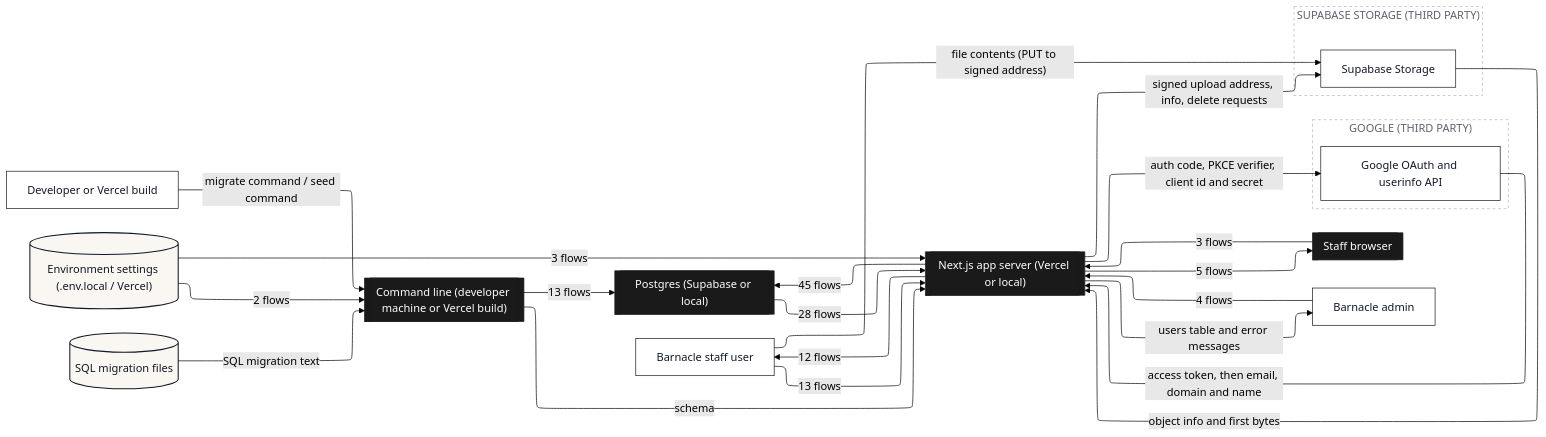
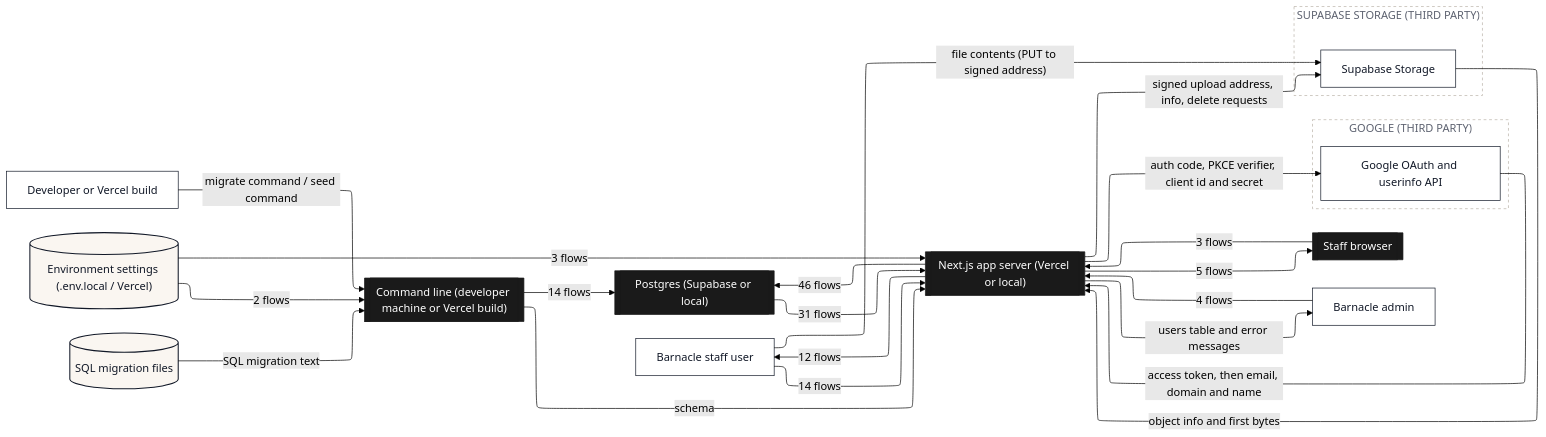
One commit to Romain-Perche/Barnacle-Pipe changed the second of 12 diagrams in dataflow/DATAFLOW.md. Above: the diagram before and after it, drawn with Mermaid (forest theme). The commit also changed other lines of this file and 12 other files, not shown here.

````diff
--- a/dataflow/DATAFLOW.md
+++ b/dataflow/DATAFLOW.md
@@ -112,52 +118,52 @@
 ```mermaid
 ---
 config:
   layout: elk
 ---
 flowchart LR
     n1[["Next.js app server (Vercel or local)"]]
     n2[["Staff browser"]]
     n3[["Command line (developer machine or Vercel build)"]]
     n4[["Postgres (Supabase or local)"]]
     n5["Barnacle admin"]
     n6["Developer or Vercel build"]
     n7[("Environment settings (.env.local / Vercel)")]
     n8[("SQL migration files")]
     n9["Barnacle staff user"]
     subgraph z1["GOOGLE (THIRD PARTY)"]
         n10["Google OAuth and userinfo API"]
     end
     subgraph z2["SUPABASE STORAGE (THIRD PARTY)"]
         n11["Supabase Storage"]
     end
-    n1 -->|"45 flows"| n4
+    n1 -->|"46 flows"| n4
     n1 -->|"12 flows"| n9
-    n4 -->|"28 flows"| n1
+    n4 -->|"31 flows"| n1
     n5 -->|"4 flows"| n1
     n2 -->|"3 flows"| n1
     n6 -->|"migrate command / seed command"| n3
     n7 -->|"3 flows"| n1
     n7 -->|"2 flows"| n3
     n1 -->|"5 flows"| n2
     n1 -->|"signed upload address, info, delete requests"| n11
     n1 -->|"auth code, PKCE verifier, client id and secret"| n10
     n10 -->|"access token, then email, domain and name"| n1
-    n3 -->|"13 flows"| n4
+    n3 -->|"14 flows"| n4
     n3 -->|"schema"| n1
     n8 -->|"SQL migration text"| n3
-    n9 -->|"13 flows"| n1
+    n9 -->|"14 flows"| n1
     n9 -->|"file contents (PUT to signed address)"| n11
     n11 -->|"object info and first bytes"| n1
     n1 -->|"users table and error messages"| n5
     classDef actor fill:#FFFFFF,stroke:#111827,stroke-width:1px,color:#111827
     classDef process fill:#EDEAFF,stroke:#2B00FF,stroke-width:1.5px,color:#111827
     classDef store fill:#FAF6F1,stroke:#111827,stroke-width:1.5px,color:#111827
     classDef zone fill:#1A1A1A,stroke:#1A1A1A,color:#FFFFFF
     classDef group fill:#2B00FF,stroke:#2B00FF,color:#FFFFFF
     classDef stub fill:#FFFFFF,stroke:#2B00FF,stroke-width:1.5px,stroke-dasharray:5 4,color:#2B00FF
     class n5,n6,n9,n10,n11 actor
     class n7,n8 store
     class n1,n2,n3,n4 zone
     style z1 fill:#FFFFFF,stroke:#B9B2A8,stroke-dasharray:4 4,color:#5D6270
     style z2 fill:#FFFFFF,stroke:#B9B2A8,stroke-dasharray:4 4,color:#5D6270
 ```
````
